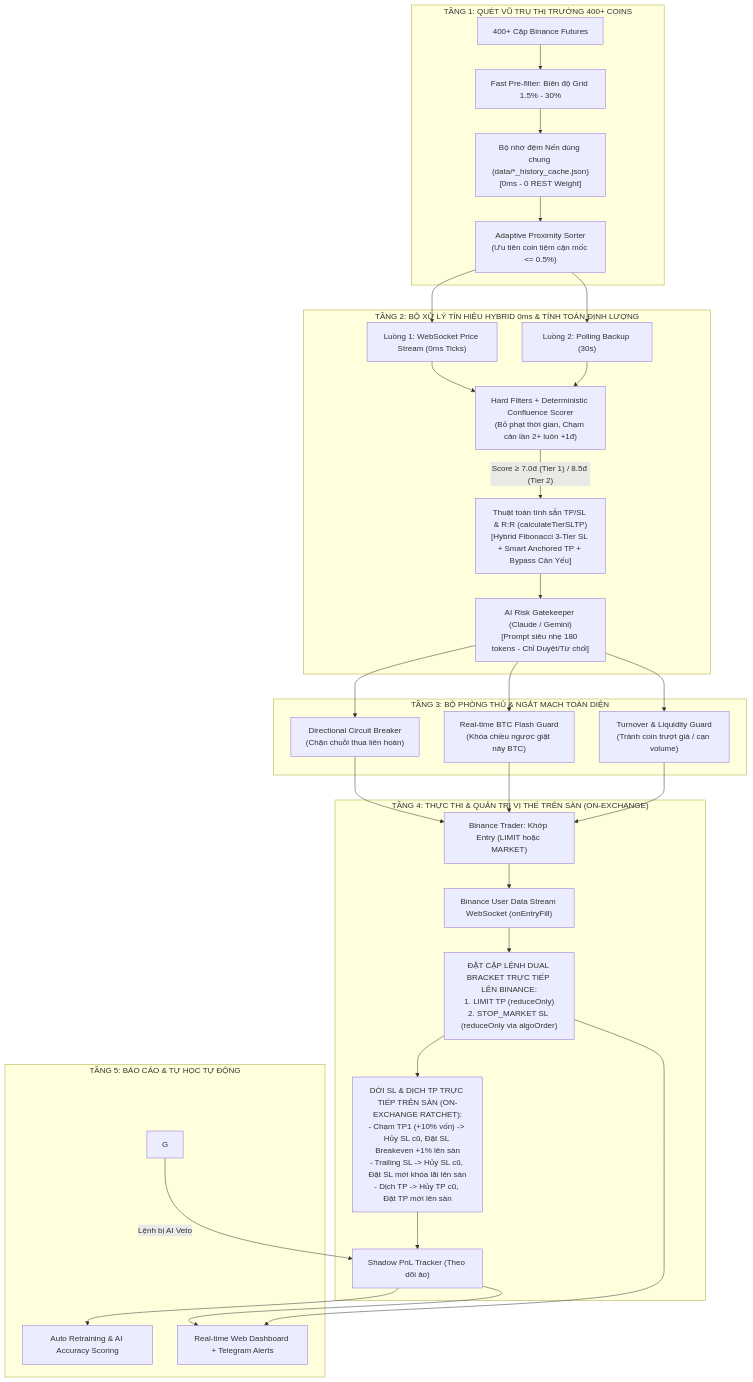
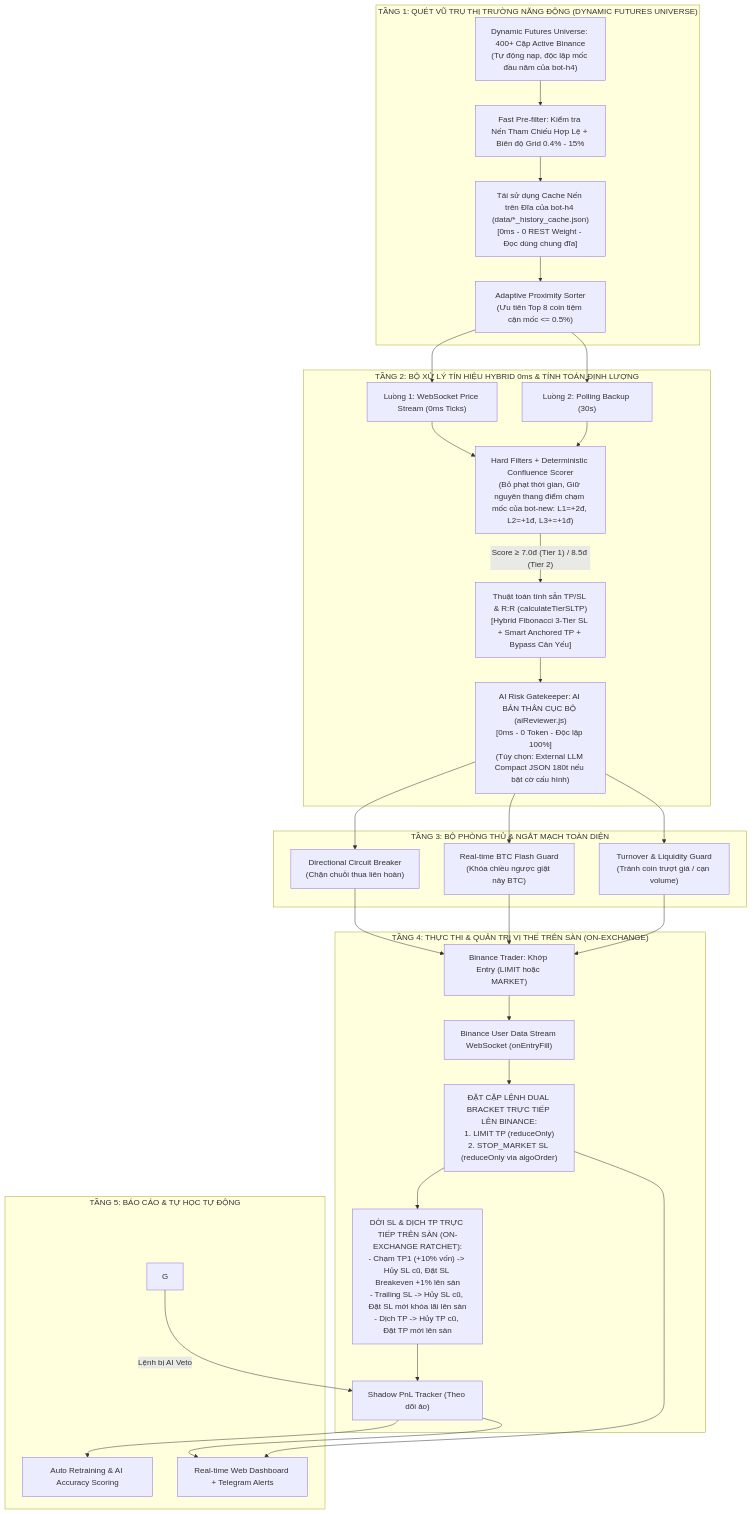
Before and after one commit to hoanglam123/369futures: the first of 3 diagrams in bot_new/ROADMAP_UPGRADE_FROM_BOT_H4.md, drawn with Mermaid. The commit also changed other lines of this file, not shown here.

Commit message:
docs(roadmap): refine Phase 2 with disk cache reuse, preserve bot-new touch scoring, prioritize in-house AI 0-token, and dynamic universe

````diff
--- a/bot_new/ROADMAP_UPGRADE_FROM_BOT_H4.md
+++ b/bot_new/ROADMAP_UPGRADE_FROM_BOT_H4.md
@@ -28,36 +28,36 @@
 ```mermaid
 flowchart TD
-    subgraph MarketUniverse ["TẦNG 1: QUÉT VŨ TRỤ THỊ TRƯỜNG 400+ COINS"]
-        A["400+ Cặp Binance Futures"] --> B["Fast Pre-filter: Biên độ Grid 1.5% - 30%"]
-        B --> C["Bộ nhớ đệm Nến dùng chung (data/*_history_cache.json)\n[0ms - 0 REST Weight]"]
-        C --> D["Adaptive Proximity Sorter\n(Ưu tiên coin tiệm cận mốc <= 0.5%)"]
+    subgraph MarketUniverse ["TẦNG 1: QUÉT VŨ TRỤ THỊ TRƯỜNG NĂNG ĐỘNG (DYNAMIC FUTURES UNIVERSE)"]
+        A["Dynamic Futures Universe: 400+ Cặp Active Binance\n(Tự động nạp, độc lập mốc đầu năm của bot-h4)"] --> B["Fast Pre-filter: Kiểm tra Nến Tham Chiếu Hợp Lệ + Biên độ Grid 0.4% - 15%"]
+        B --> C["Tái sử dụng Cache Nến trên Đĩa của bot-h4 (data/*_history_cache.json)\n[0ms - 0 REST Weight - Đọc dùng chung đĩa]"]
+        C --> D["Adaptive Proximity Sorter\n(Ưu tiên Top 8 coin tiệm cận mốc <= 0.5%)"]
     end
 
     subgraph SignalEngine ["TẦNG 2: BỘ XỬ LÝ TÍN HIỆU HYBRID 0ms & TÍNH TOÁN ĐỊNH LƯỢNG"]
         D --> E1["Luồng 1: WebSocket Price Stream (0ms Ticks)"]
         D --> E2["Luồng 2: Polling Backup (30s)"]
-        E1 & E2 --> F["Hard Filters + Deterministic Confluence Scorer\n(Bỏ phạt thời gian, Chạm cản lần 2+ luôn +1đ)"]
+        E1 & E2 --> F["Hard Filters + Deterministic Confluence Scorer\n(Bỏ phạt thời gian, Giữ nguyên thang điểm chạm mốc của bot-new: L1=+2đ, L2=+1đ, L3+=+1đ)"]
         F -- "Score &ge; 7.0đ (Tier 1) / 8.5đ (Tier 2)" --> G1["Thuật toán tính sẵn TP/SL & R:R (calculateTierSLTP)\n[Hybrid Fibonacci 3-Tier SL + Smart Anchored TP + Bypass Cản Yếu]"]
-        G1 --> G2["AI Risk Gatekeeper (Claude / Gemini)\n[Prompt siêu nhẹ 180 tokens - Chỉ Duyệt/Từ chối]"]
+        G1 --> G2["AI Risk Gatekeeper: AI BẢN THÂN CỤC BỘ (aiReviewer.js)\n[0ms - 0 Token - Độc lập 100%]\n(Tùy chọn: External LLM Compact JSON 180t nếu bật cờ cấu hình)"]
     end
 
     subgraph SafetyGate ["TẦNG 3: BỘ PHÒNG THỦ & NGẮT MẠCH TOÀN DIỆN"]
         G2 --> H1["Directional Circuit Breaker\n(Chặn chuỗi thua liên hoàn)"]
         G2 --> H2["Real-time BTC Flash Guard\n(Khóa chiều ngược giật nảy BTC)"]
         G2 --> H3["Turnover & Liquidity Guard\n(Tránh coin trượt giá / cạn volume)"]
     end
 
     subgraph ExecutionDualBracket ["TẦNG 4: THỰC THI & QUẢN TRỊ VỊ THẾ TRÊN SÀN (ON-EXCHANGE)"]
         H1 & H2 & H3 --> I["Binance Trader: Khớp Entry (LIMIT hoặc MARKET)"]
         I --> J["Binance User Data Stream WebSocket (onEntryFill)"]
         J --> K["ĐẶT CẶP LỆNH DUAL BRACKET TRỰC TIẾP LÊN BINANCE:\n1. LIMIT TP (reduceOnly)\n2. STOP_MARKET SL (reduceOnly via algoOrder)"]
         K --> L["DỜI SL & DỊCH TP TRỰC TIẾP TRÊN SÀN (ON-EXCHANGE RATCHET):\n- Chạm TP1 (+10% vốn) -> Hủy SL cũ, Đặt SL Breakeven +1% lên sàn\n- Trailing SL -> Hủy SL cũ, Đặt SL mới khóa lãi lên sàn\n- Dịch TP -> Hủy TP cũ, Đặt TP mới lên sàn"]
         L --> M["Tự động dọn dẹp lệnh đối ứng (autoCleanOppositeOrder)\nkhi 1 trong 2 đầu TP/SL khớp"]
     end
 
     subgraph Analytics ["TẦNG 5: BÁO CÁO & TỰ HỌC TỰ ĐỘNG"]
         G -- "Lệnh bị AI Veto" --> M["Shadow PnL Tracker (Theo dõi ảo)"]
         M --> N["Auto Retraining & AI Accuracy Scoring"]
         K & M --> O["Real-time Web Dashboard + Telegram Alerts"]
     end
 ```
````
